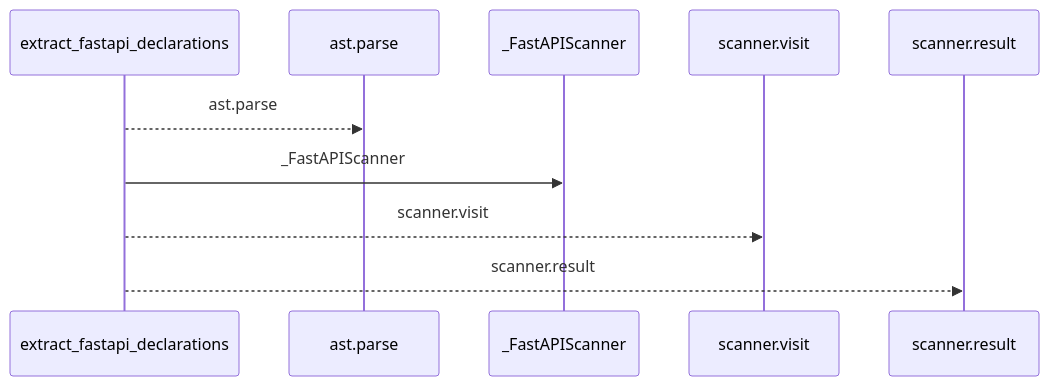
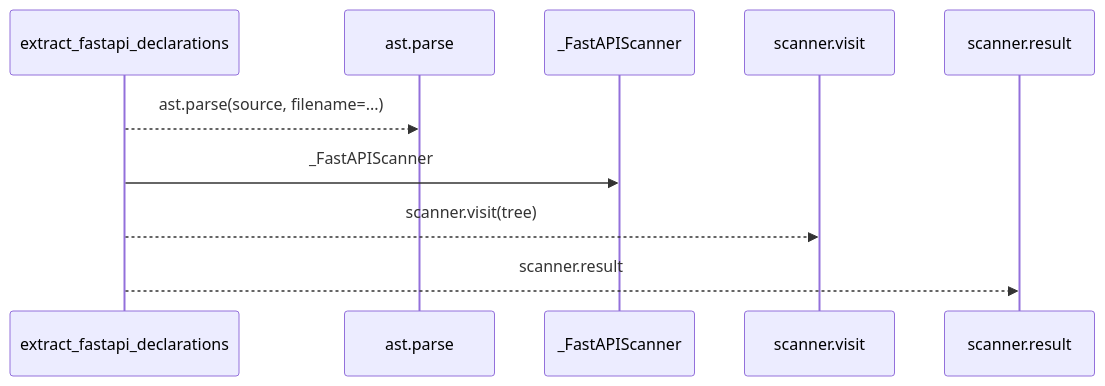
One commit to Denissvgn/python-wiki-llm changed the first of 2 diagrams in docs/llm_wiki/flows/api-extract_fastapi_declarations.md. Above: the diagram before and after it, drawn with Mermaid. The commit also changed other lines of this file and 1410 other files, not shown here.

````diff
--- a/docs/llm_wiki/flows/api-extract_fastapi_declarations.md
+++ b/docs/llm_wiki/flows/api-extract_fastapi_declarations.md
@@ -10,12 +12,12 @@
 ```mermaid
 sequenceDiagram
     participant p0 as extract_fastapi_declarations
     participant p1 as ast.parse
     participant p2 as _FastAPIScanner
     participant p3 as scanner.visit
     participant p4 as scanner.result
-    p0-->>p1: ast.parse
+    p0-->>p1: ast.parse(source, filename=...)
     p0->>p2: _FastAPIScanner
-    p0-->>p3: scanner.visit
+    p0-->>p3: scanner.visit(tree)
     p0-->>p4: scanner.result
 ```
````
